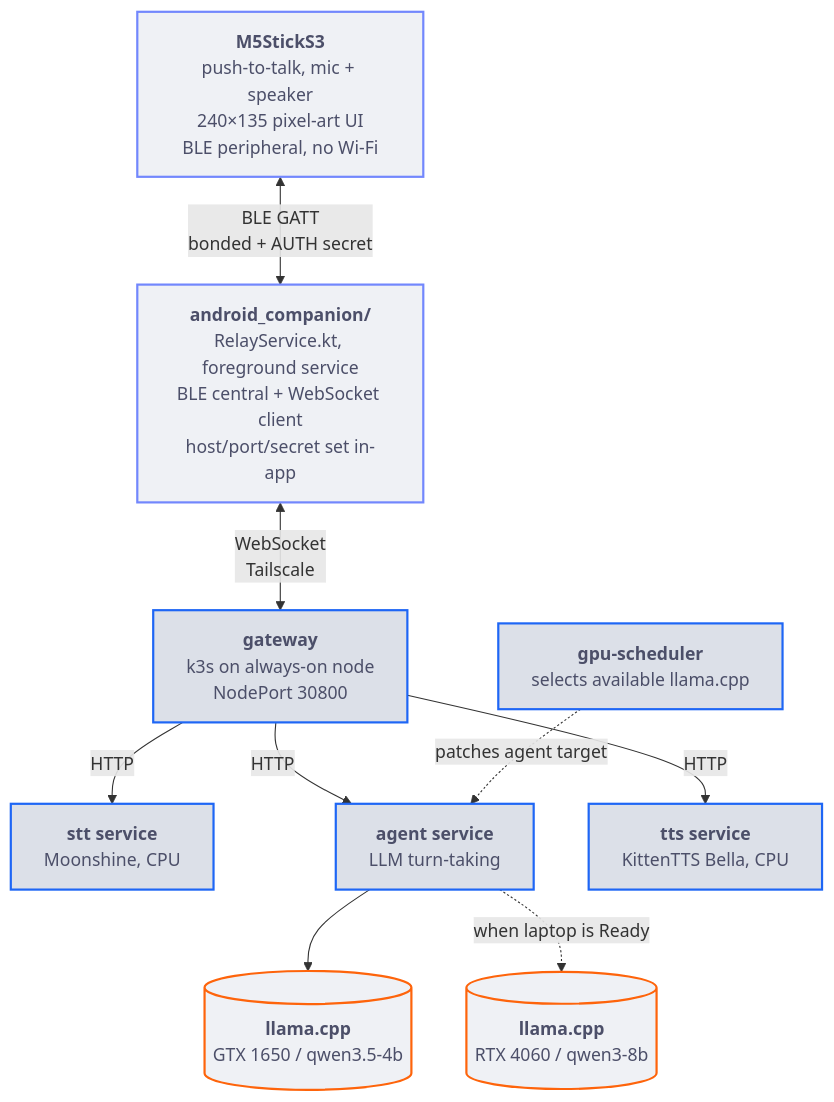
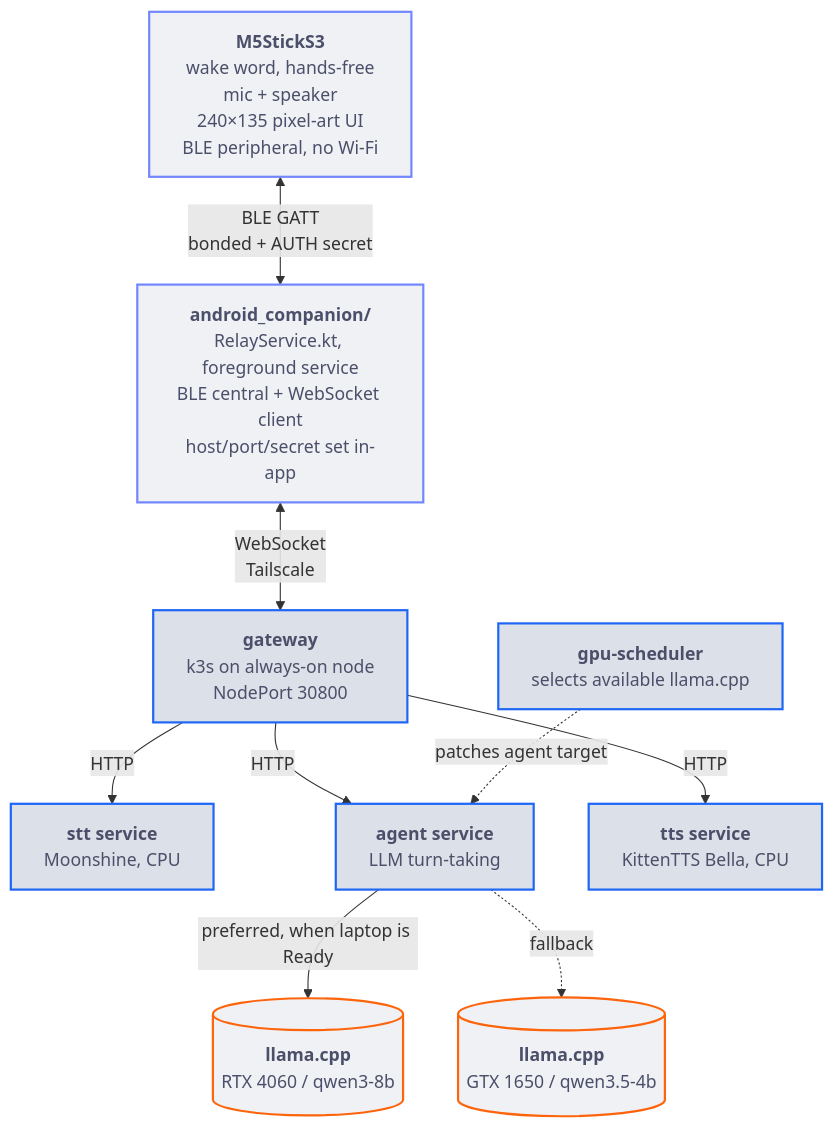
The first of 5 diagrams in README.md (adixg/voice-assistant), drawn with Mermaid before and after one commit. The commit also changed other lines of this file and 5 other files, not shown here.

Commit message:
README rewrite around hands-free use; wake word is now Assistant

````diff
--- a/README.md
+++ b/README.md
@@ -72,28 +37,28 @@
 ```mermaid
 flowchart TB
-    stick["<b>M5StickS3</b><br>push-to-talk, mic + speaker<br>240×135 pixel-art UI<br>BLE peripheral, no Wi-Fi"]
+    stick["<b>M5StickS3</b><br>wake word, hands-free<br>mic + speaker<br>240×135 pixel-art UI<br>BLE peripheral, no Wi-Fi"]
     relay["<b>android_companion/</b><br>RelayService.kt, foreground service<br>BLE central + WebSocket client<br>host/port/secret set in-app"]
     gateway["<b>gateway</b><br>k3s on always-on node<br>NodePort 30800"]
     stt["<b>stt service</b><br>Moonshine, CPU"]
     agent["<b>agent service</b><br>LLM turn-taking"]
     tts["<b>tts service</b><br>KittenTTS Bella, CPU"]
     controller["<b>gpu-scheduler</b><br>selects available llama.cpp"]
     llama1650[("<b>llama.cpp</b><br>GTX 1650 / qwen3.5-4b")]
     llama4060[("<b>llama.cpp</b><br>RTX 4060 / qwen3-8b")]
 
     stick <-->|"BLE GATT<br>bonded + AUTH secret"| relay
     relay <-->|"WebSocket<br>Tailscale"| gateway
     gateway -->|HTTP| stt
     gateway -->|HTTP| agent
     gateway -->|HTTP| tts
-    agent --> llama1650
-    agent -. "when laptop is Ready" .-> llama4060
+    agent -->|"preferred, when laptop is Ready"| llama4060
+    agent -. "fallback" .-> llama1650
     controller -. "patches agent target" .-> agent
 
     classDef device fill:#eff1f5,stroke:#7287fd,stroke-width:2px,color:#4c4f69
     classDef service fill:#dce0e8,stroke:#1e66f5,stroke-width:2px,color:#4c4f69
     classDef worker fill:#eff1f5,stroke:#fe640b,stroke-width:2px,color:#4c4f69
     class stick,relay device
     class gateway,stt,agent,tts,controller service
     class llama1650,llama4060 worker
 ```
````
